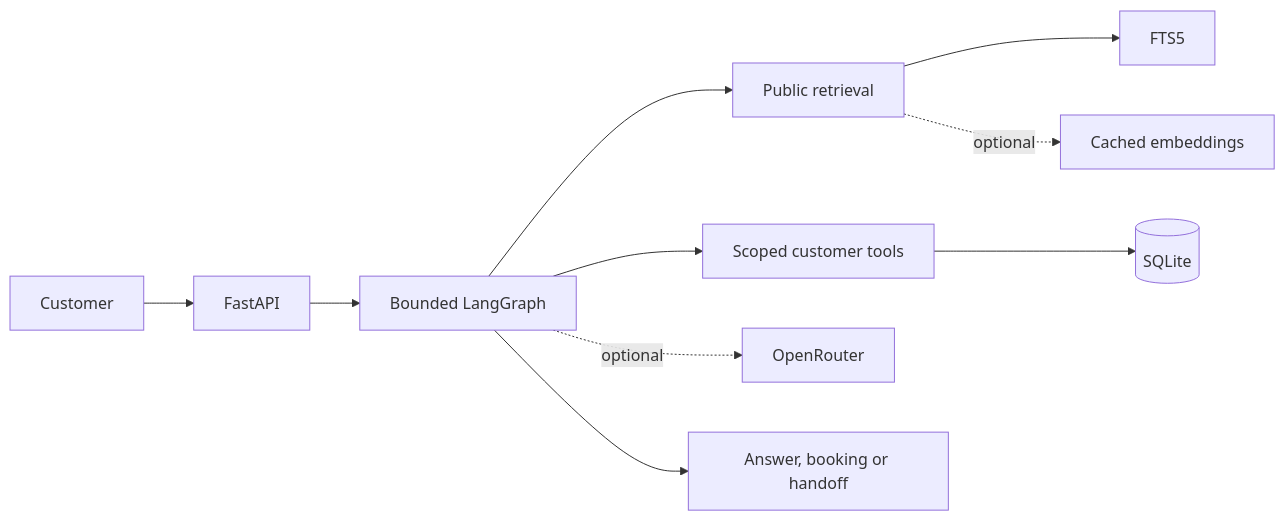
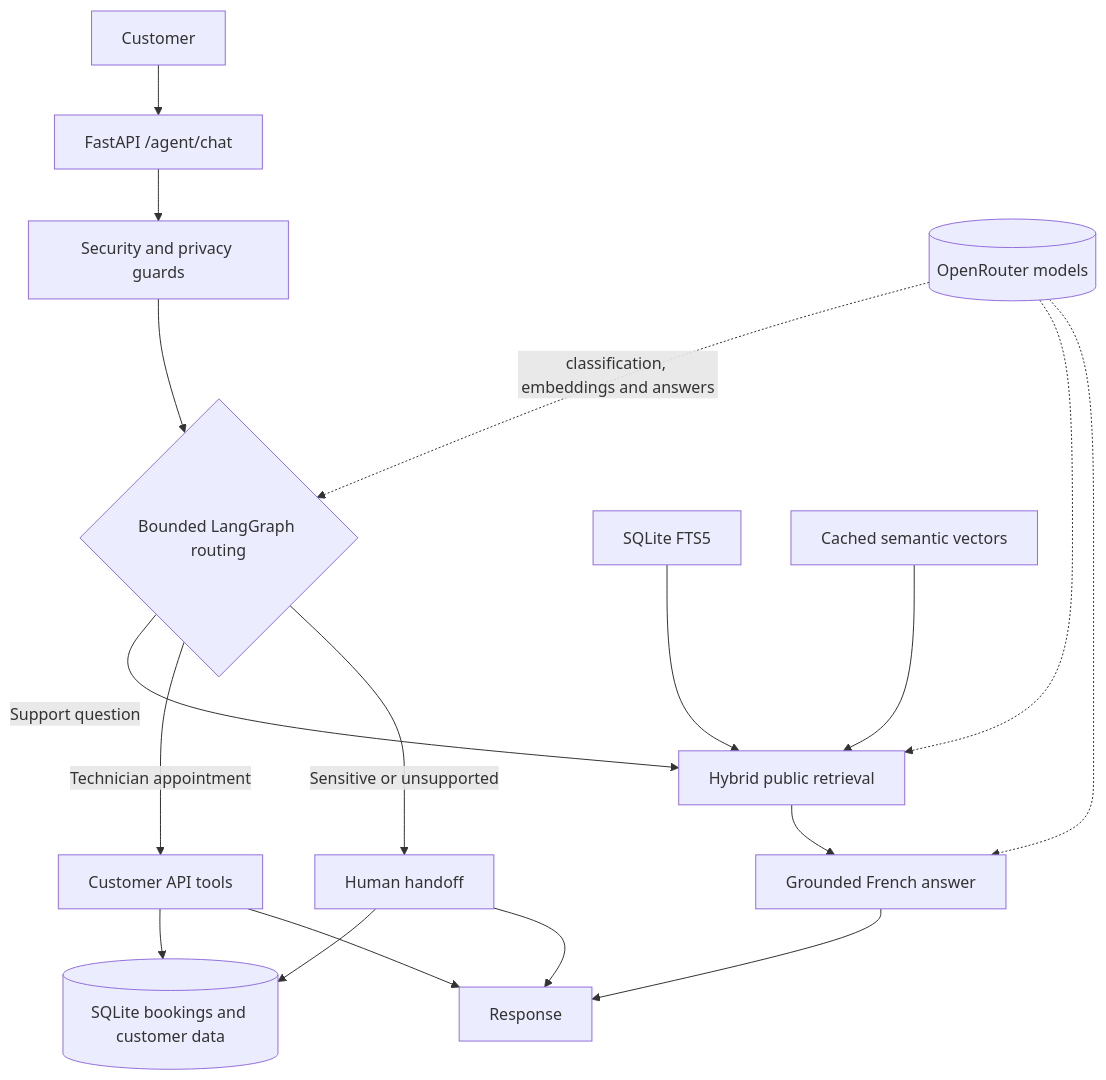
One commit to ABDELLAH-Hallou/Neova-Telecom changed the diagram in README.md. Above: the diagram before and after it, drawn with Mermaid.

Commit message:
docs: clarify live setup and simplify architecture overview

````diff
--- a/README.md
+++ b/README.md
@@ -84,12 +84,25 @@
 ```mermaid
-flowchart LR
-    U[Customer] --> API[FastAPI]
-    API --> G[Bounded LangGraph]
-    G --> R[Public retrieval]
-    R --> F[FTS5]
-    R -. optional .-> V[Cached embeddings]
-    G --> T[Scoped customer tools]
-    T --> DB[(SQLite)]
-    G -. optional .-> OR[OpenRouter]
-    G --> H[Answer, booking or handoff]
+flowchart TD
+    U[Customer] --> API[FastAPI /agent/chat]
+    API --> G[Security and privacy guards]
+    G --> R{Bounded LangGraph routing}
+
+    R -->|Support question| RET[Hybrid public retrieval]
+    F[SQLite FTS5] --> RET
+    V[Cached semantic vectors] --> RET
+    RET --> A[Grounded French answer]
+
+    R -->|Technician appointment| T[Customer API tools]
+    T --> DB[(SQLite bookings and customer data)]
+
+    R -->|Sensitive or unsupported| H[Human handoff]
+    H --> DB
+
+    OR[(OpenRouter models)] -. classification, embeddings and answers .-> R
+    OR -.-> RET
+    OR -.-> A
+
+    A --> O[Response]
+    T --> O
+    H --> O
 ```
````
